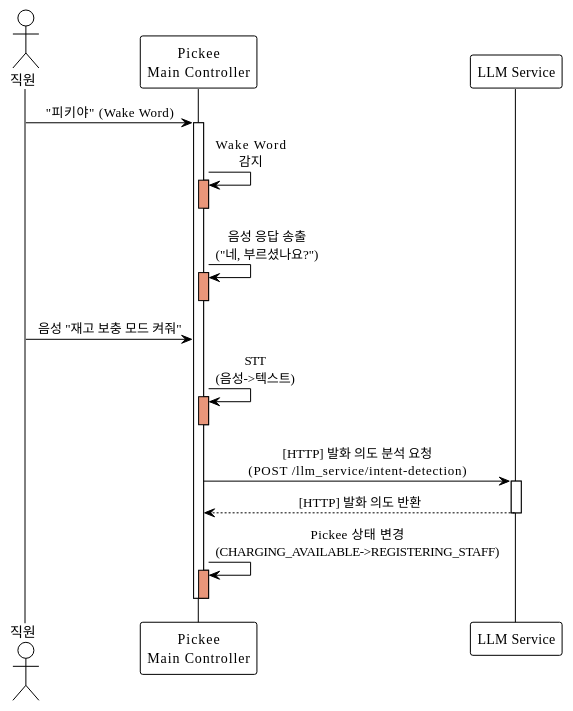
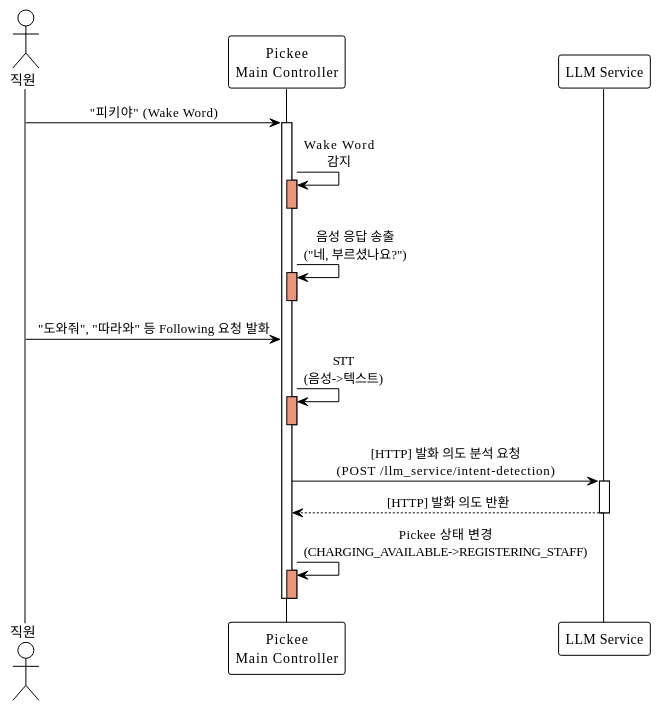
One commit to addinedu-roscamp-7th/roscamp-repo-1 changed the diagram in docs/SequenceDiagram/SC_06_1.md. Above: the diagram before and after it, drawn with PlantUML. The commit also changed 40 other files, not shown here.

```diff
--- a/docs/SequenceDiagram/SC_06_1.md
+++ b/docs/SequenceDiagram/SC_06_1.md
@@ -1,38 +1,38 @@
 @startuml SC_06_1
 !theme plain
 skinparam backgroundColor #FFFFFF
 skinparam sequenceMessageAlign center
 
 actor "직원" as user
 participant "Pickee\nMain Controller" as pickee_main
 participant "LLM Service" as llm
 
 user -> pickee_main: "피키야" (Wake Word)
 activate pickee_main
 
 pickee_main -> pickee_main: Wake Word\n감지
 activate pickee_main #DarkSalmon
 deactivate pickee_main
 
 pickee_main -> pickee_main: 음성 응답 송출\n("네, 부르셨나요?")
 activate pickee_main #DarkSalmon
 deactivate pickee_main
 
-user -> pickee_main: 음성 "재고 보충 모드 켜줘"
+user -> pickee_main: "도와줘", "따라와" 등 Following 요청 발화
 
 pickee_main -> pickee_main: STT\n(음성->텍스트)
 activate pickee_main #DarkSalmon
 deactivate pickee_main
 
 pickee_main -> llm: [HTTP] 발화 의도 분석 요청\n(POST /llm_service/intent-detection)
 activate llm
 
 llm --> pickee_main: [HTTP] 발화 의도 반환
 deactivate llm
 
 pickee_main -> pickee_main: Pickee 상태 변경\n(CHARGING_AVAILABLE->REGISTERING_STAFF)
 activate pickee_main #DarkSalmon
 deactivate pickee_main
 deactivate pickee_main
 
 @enduml
```
